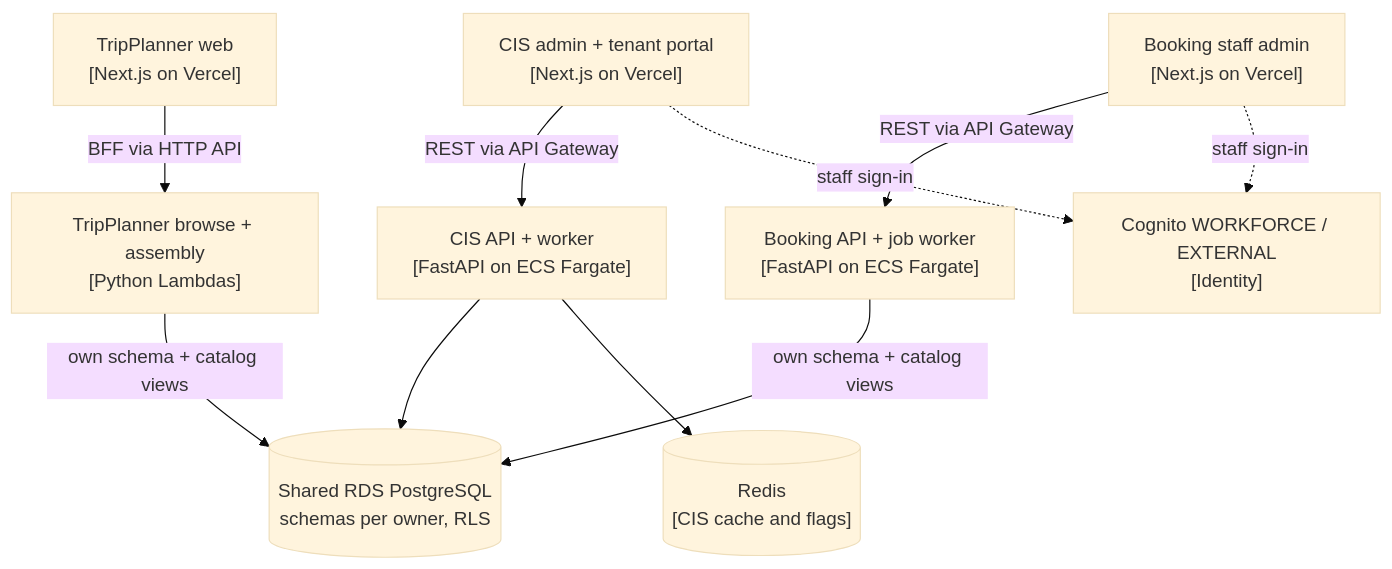
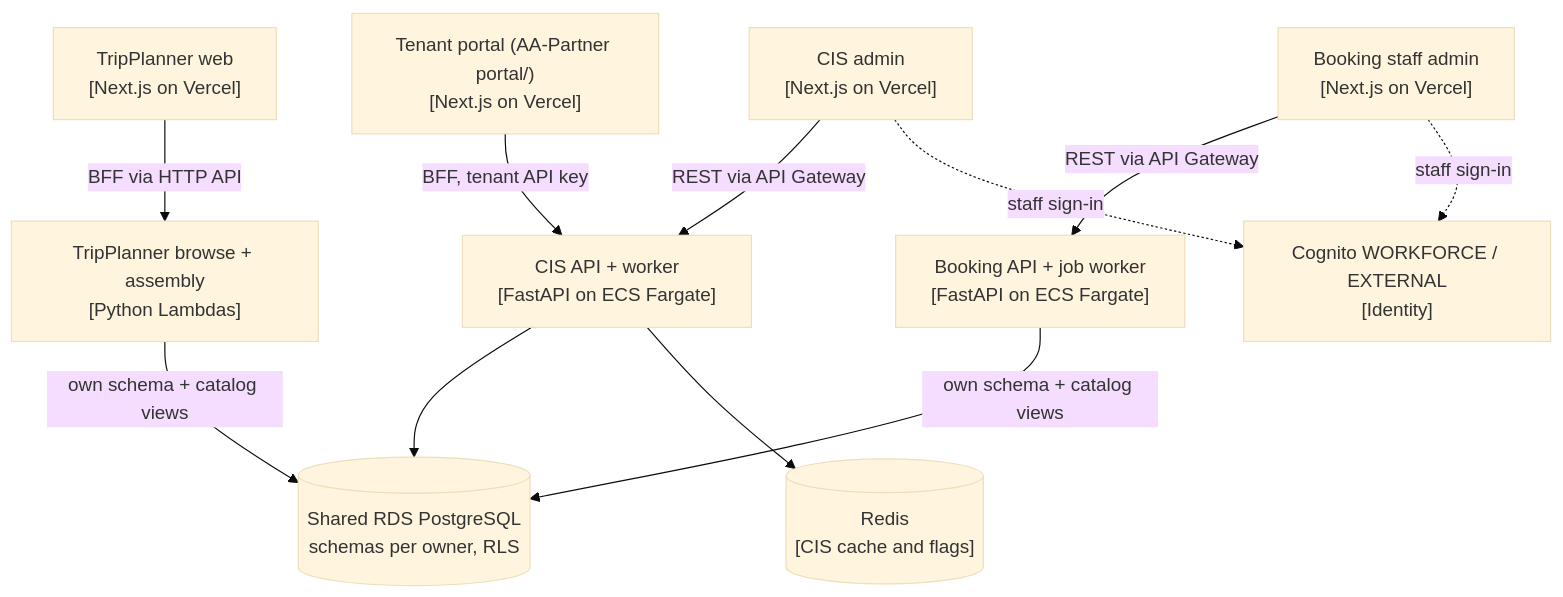
Before and after one commit to AdventureAsia365-Ecosys/AA-Ecosys: the second of 2 diagrams in docs/guides/cto.md, drawn with Mermaid (base theme). The commit also changed other lines of this file and 11 other files, not shown here.

First line of the commit message:
docs: root docs and skills follow the tenant portal move to AA-Partner

````diff
--- a/docs/guides/cto.md
+++ b/docs/guides/cto.md
@@ -55,21 +55,23 @@
 ```mermaid
 flowchart TB
-  cisfe["CIS admin + tenant portal<br/>[Next.js on Vercel]"]
+  cisfe["CIS admin<br/>[Next.js on Vercel]"]
+  portalfe["Tenant portal (AA-Partner portal/)<br/>[Next.js on Vercel]"]
   tpfe["TripPlanner web<br/>[Next.js on Vercel]"]
   bkfe["Booking staff admin<br/>[Next.js on Vercel]"]
   cisapi["CIS API + worker<br/>[FastAPI on ECS Fargate]"]
   tpl["TripPlanner browse + assembly<br/>[Python Lambdas]"]
   bkapi["Booking API + job worker<br/>[FastAPI on ECS Fargate]"]
   rds[("Shared RDS PostgreSQL<br/>schemas per owner, RLS")]
   cognito["Cognito WORKFORCE / EXTERNAL<br/>[Identity]"]
   redis[("Redis<br/>[CIS cache and flags]")]
   cisfe -->|"REST via API Gateway"| cisapi
+  portalfe -->|"BFF, tenant API key"| cisapi
   tpfe -->|"BFF via HTTP API"| tpl
   bkfe -->|"REST via API Gateway"| bkapi
   cisapi --> rds
   cisapi --> redis
   tpl -->|"own schema + catalog views"| rds
   bkapi -->|"own schema + catalog views"| rds
   cisfe -.->|"staff sign-in"| cognito
   bkfe -.->|"staff sign-in"| cognito
 ```
````
